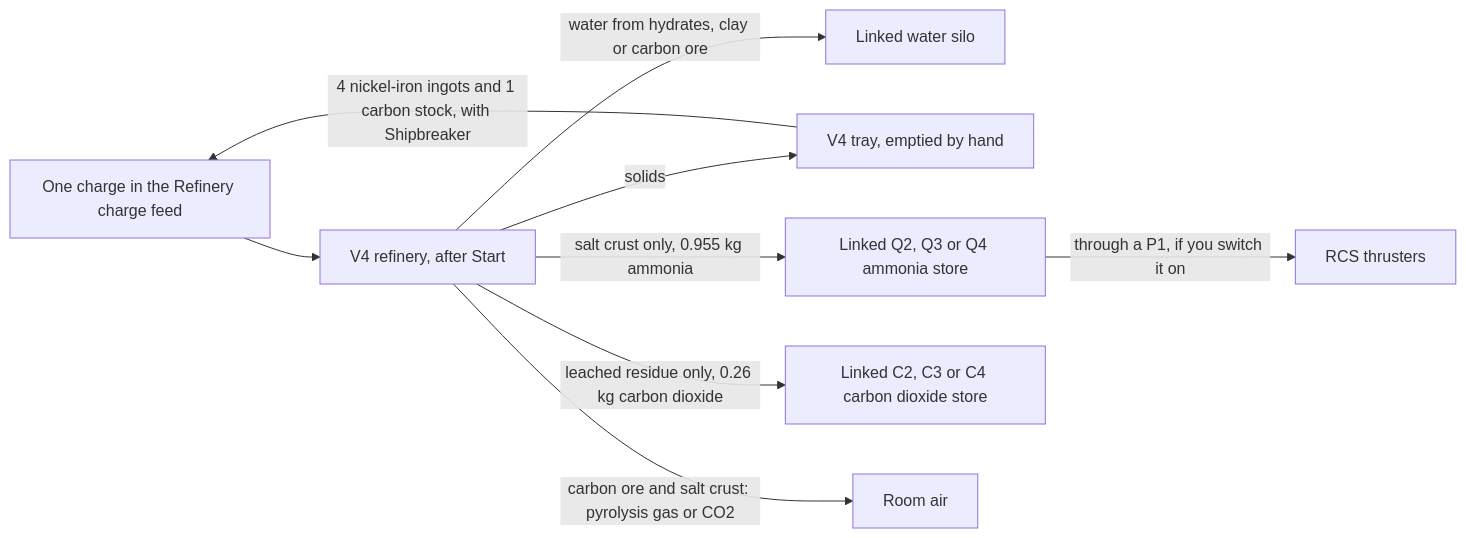
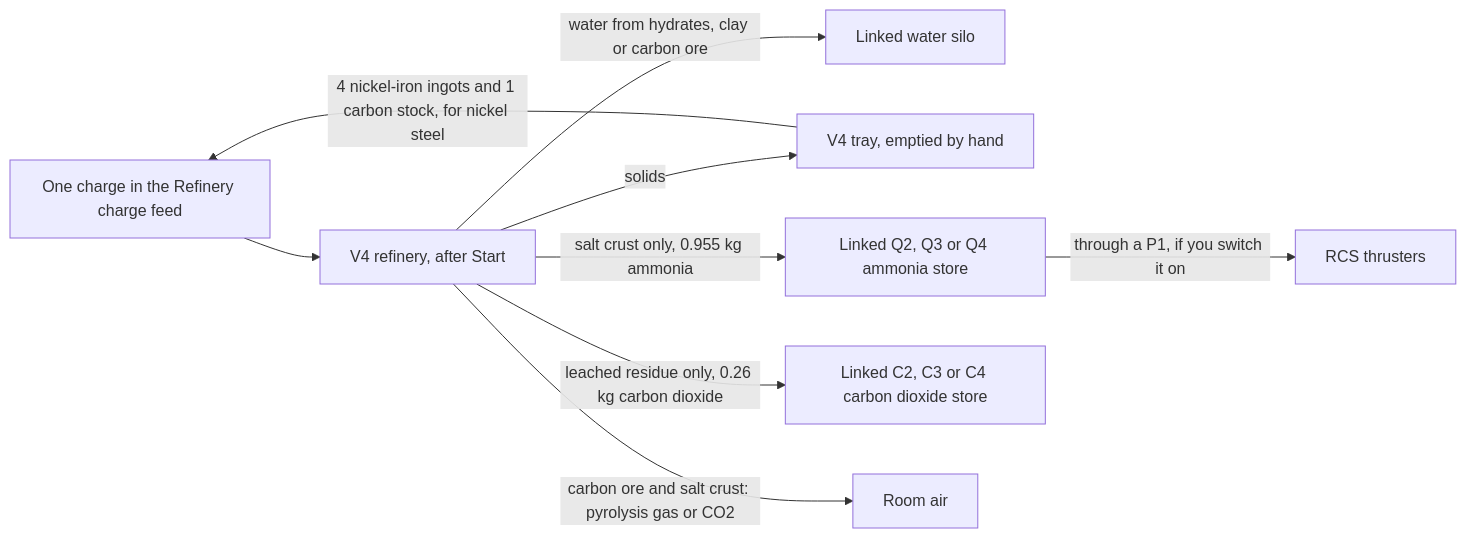
Before and after one commit to phobos-dthorga/phobos-ostranauts: the first of 6 diagrams in docs/manufacturing-player-guide.md, drawn with Mermaid. The commit also changed other lines of this file and 90 other files, not shown here.

````diff
--- a/docs/manufacturing-player-guide.md
+++ b/docs/manufacturing-player-guide.md
@@ -84,11 +85,11 @@
 ```mermaid
 flowchart LR
     Feed["One charge in the Refinery charge feed"] --> V4["V4 refinery, after Start"]
     V4 -->|water from hydrates, clay or carbon ore| Vessel["Linked water silo"]
     V4 -->|solids| Tray["V4 tray, emptied by hand"]
     V4 -->|salt crust only, 0.955 kg ammonia| Store["Linked Q2, Q3 or Q4 ammonia store"]
     V4 -->|leached residue only, 0.26 kg carbon dioxide| C2["Linked C2, C3 or C4 carbon dioxide store"]
     V4 -->|carbon ore and salt crust: pyrolysis gas or CO2| Room["Room air"]
     Store -->|through a P1, if you switch it on| RCS["RCS thrusters"]
-    Tray -->|4 nickel-iron ingots and 1 carbon stock, with Shipbreaker| Feed
+    Tray -->|4 nickel-iron ingots and 1 carbon stock, for nickel steel| Feed
 ```
````
